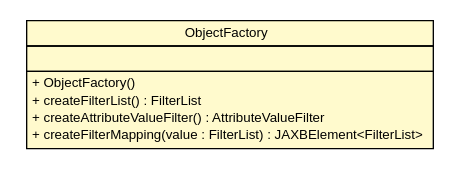
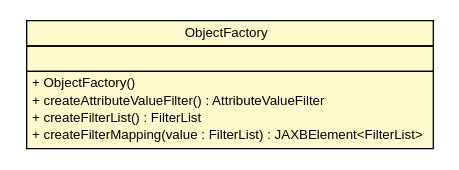
Before and after one commit to MinELenI/CBSviewer: the diagram in apidocs/nl/mineleni/cbsviewer/servlet/wms/xml/ObjectFactory.dot, drawn with Graphviz. The commit also changed other lines of this file and 351 other files, not shown here.

```diff
--- a/apidocs/nl/mineleni/cbsviewer/servlet/wms/xml/ObjectFactory.dot
+++ b/apidocs/nl/mineleni/cbsviewer/servlet/wms/xml/ObjectFactory.dot
@@ -1,27 +1,27 @@
 #!/usr/local/bin/dot
 #
 # Class diagram 
 # Generated by UMLGraph version R5_6 (http://www.umlgraph.org/)
 #
 
 digraph G {
 	edge [fontname="arial",fontsize=10,labelfontname="arial",labelfontsize=10];
 	node [fontname="arial",fontsize=10,shape=plaintext];
 	nodesep=0.25;
 	ranksep=0.5;
 	// nl.mineleni.cbsviewer.servlet.wms.xml.ObjectFactory
 	c1991 [label=<<table title="nl.mineleni.cbsviewer.servlet.wms.xml.ObjectFactory" border="0" cellborder="1" cellspacing="0" cellpadding="2" port="p" bgcolor="lemonChiffon" href="./ObjectFactory.html">
 		<tr><td><table border="0" cellspacing="0" cellpadding="1">
 <tr><td align="center" balign="center"> ObjectFactory </td></tr>
 		</table></td></tr>
 		<tr><td><table border="0" cellspacing="0" cellpadding="1">
 <tr><td align="left" balign="left">  </td></tr>
 		</table></td></tr>
 		<tr><td><table border="0" cellspacing="0" cellpadding="1">
 <tr><td align="left" balign="left"> + ObjectFactory() </td></tr>
+<tr><td align="left" balign="left"> + createAttributeValueFilter() : AttributeValueFilter </td></tr>
 <tr><td align="left" balign="left"> + createFilterList() : FilterList </td></tr>
-<tr><td align="left" balign="left"> + createAttributeValueFilter() : AttributeValueFilter </td></tr>
 <tr><td align="left" balign="left"> + createFilterMapping(value : FilterList) : JAXBElement&lt;FilterList&gt; </td></tr>
 		</table></td></tr>
 		</table>>, URL="./ObjectFactory.html", fontname="arial", fontcolor="black", fontsize=10.0];
 }
```
